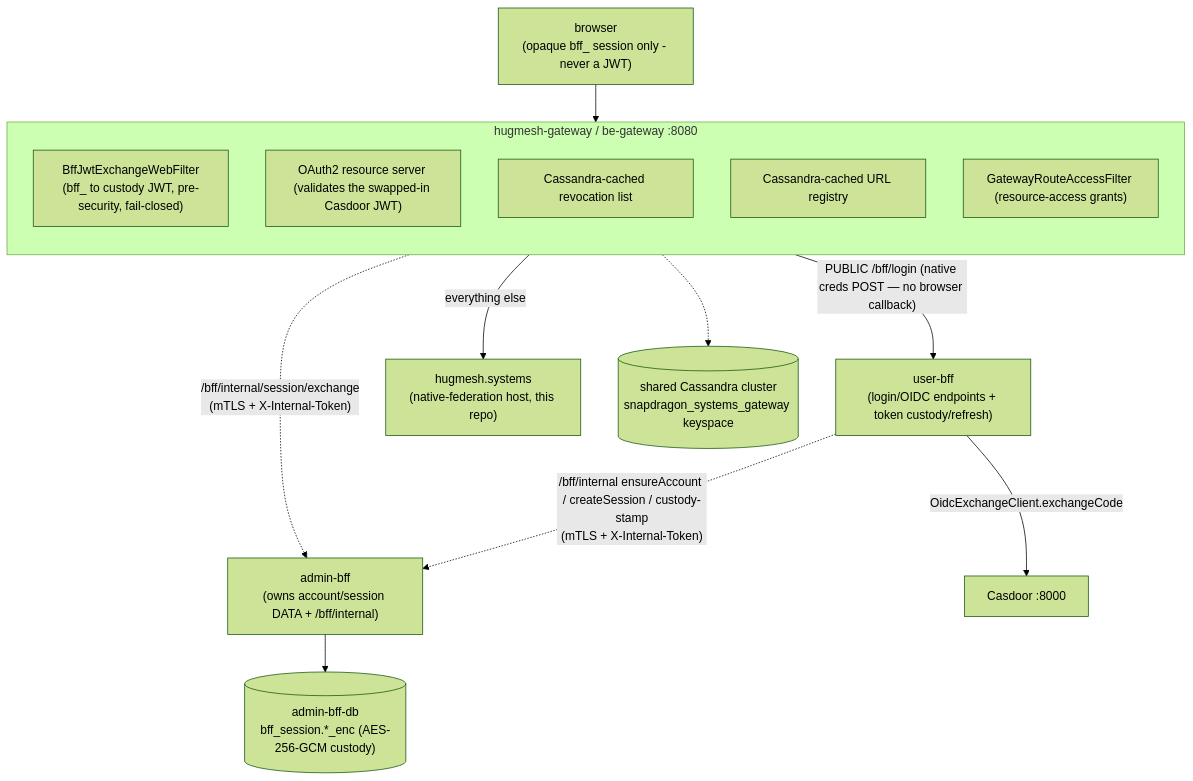
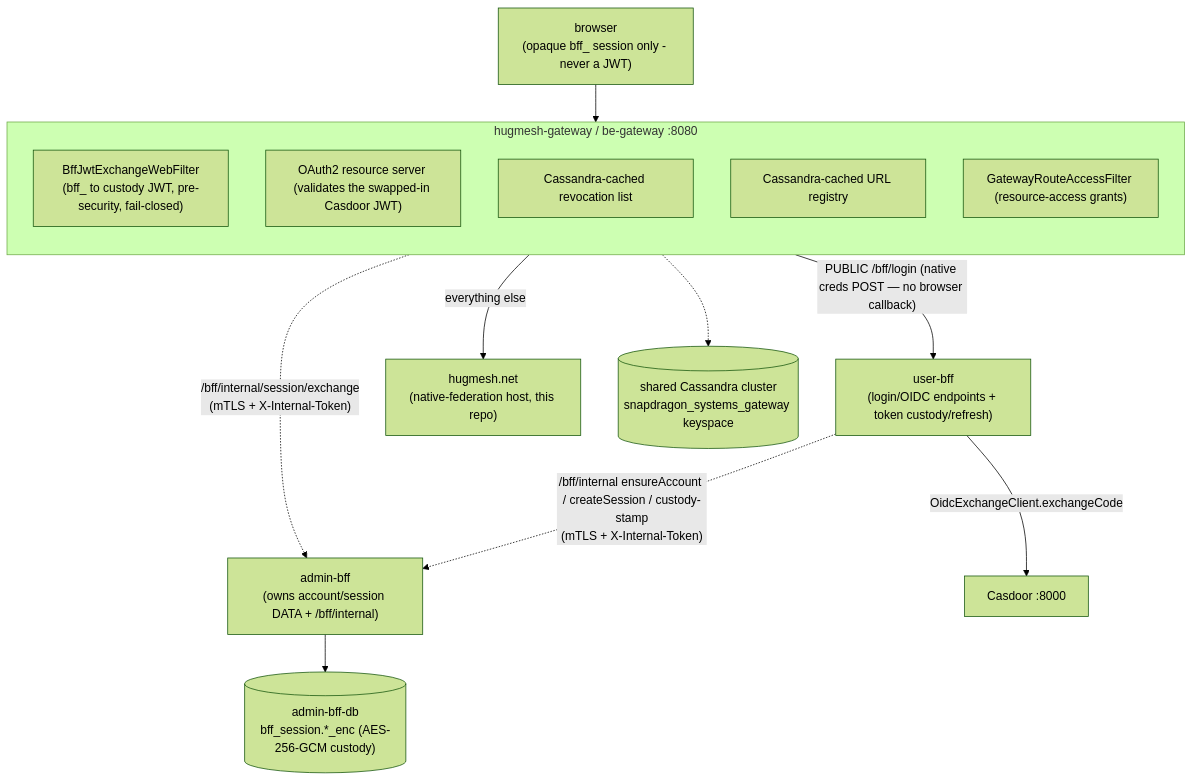
One commit to hugmesh/hugmesh-host-shell changed the first of 2 diagrams in docs/platform-topology.md. Above: the diagram before and after it, drawn with Mermaid (forest theme). The commit also changed other lines of this file and 11 other files, not shown here.

First line of the commit message:
chore(rename): eliminate .systems tokens in favour of hugmesh.net

````diff
--- a/docs/platform-topology.md
+++ b/docs/platform-topology.md
@@ -24,21 +24,21 @@
 ```mermaid
 flowchart TB
   browser["browser<br/>(opaque bff_ session only - never a JWT)"]
   browser --> gw
   subgraph gw["hugmesh-gateway / be-gateway :8080"]
     direction TB
     g1["BffJwtExchangeWebFilter<br/>(bff_ to custody JWT, pre-security, fail-closed)"]
     g2["OAuth2 resource server (validates the swapped-in Casdoor JWT)"]
     g3["Cassandra-cached revocation list"]
     g4["Cassandra-cached URL registry"]
     g5["GatewayRouteAccessFilter (resource-access grants)"]
   end
   g1 -.->|"/bff/internal/session/exchange<br/>(mTLS + X-Internal-Token)"| abff
   gw -->|"PUBLIC /bff/login (native creds POST — no browser callback)"| ubff["user-bff<br/>(login/OIDC endpoints + token custody/refresh)"]
-  gw -->|"everything else"| host["hugmesh.systems<br/>(native-federation host, this repo)"]
+  gw -->|"everything else"| host["hugmesh.net<br/>(native-federation host, this repo)"]
   ubff -->|"OidcExchangeClient.exchangeCode"| casdoor["Casdoor :8000"]
   ubff -.->|"/bff/internal ensureAccount / createSession / custody-stamp<br/>(mTLS + X-Internal-Token)"| abff["admin-bff<br/>(owns account/session DATA + /bff/internal)"]
   abff --> abffdb[("admin-bff-db<br/>bff_session.*_enc (AES-256-GCM custody)")]
   cass[("shared Cassandra cluster<br/>snapdragon_systems_gateway keyspace")]
   gw -.-> cass
 ```
````
